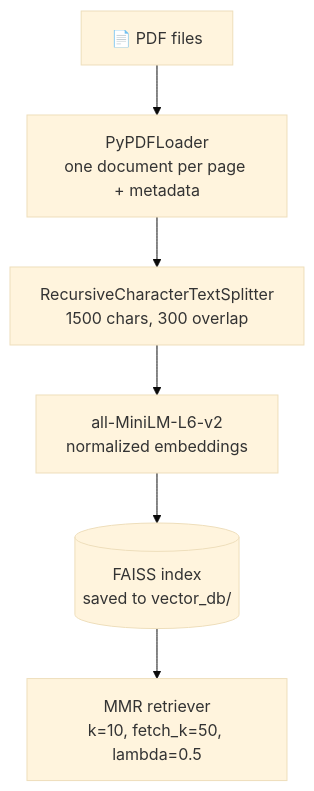
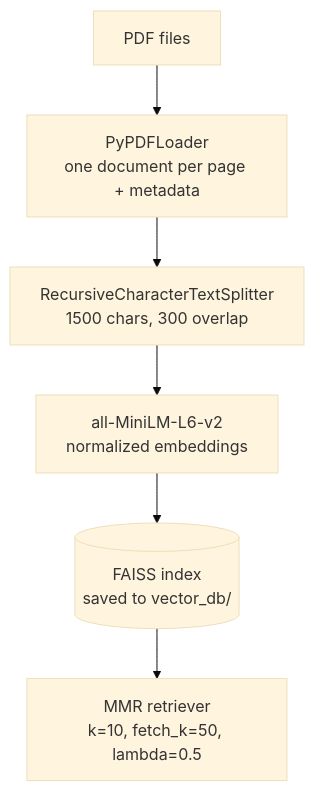
One commit to MuhammadAbbas01/University_AI_Chatbot changed the third of 3 diagrams in README.md. Above: the diagram before and after it, drawn with Mermaid (base theme). The commit also changed other lines of this file, not shown here.

````diff
--- a/README.md
+++ b/README.md
@@ -110,8 +106,8 @@
 ```mermaid
 flowchart TD
-    A["📄 PDF files"] --> B["PyPDFLoader<br/>one document per page + metadata"]
+    A["PDF files"] --> B["PyPDFLoader<br/>one document per page + metadata"]
     B --> C["RecursiveCharacterTextSplitter<br/>1500 chars, 300 overlap"]
     C --> D["all-MiniLM-L6-v2<br/>normalized embeddings"]
     D --> E[("FAISS index<br/>saved to vector_db/")]
     E --> F["MMR retriever<br/>k=10, fetch_k=50, lambda=0.5"]
 ```
````
